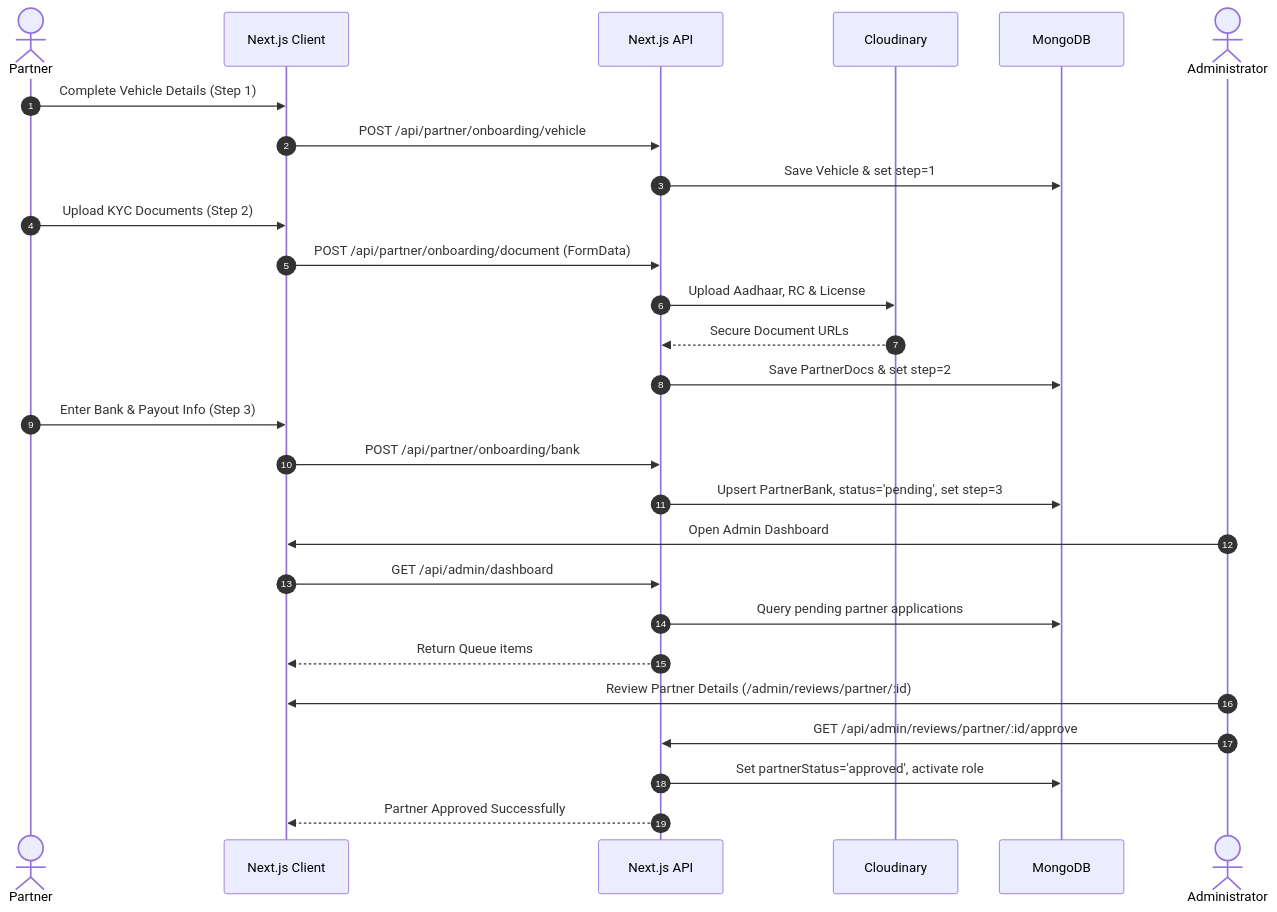
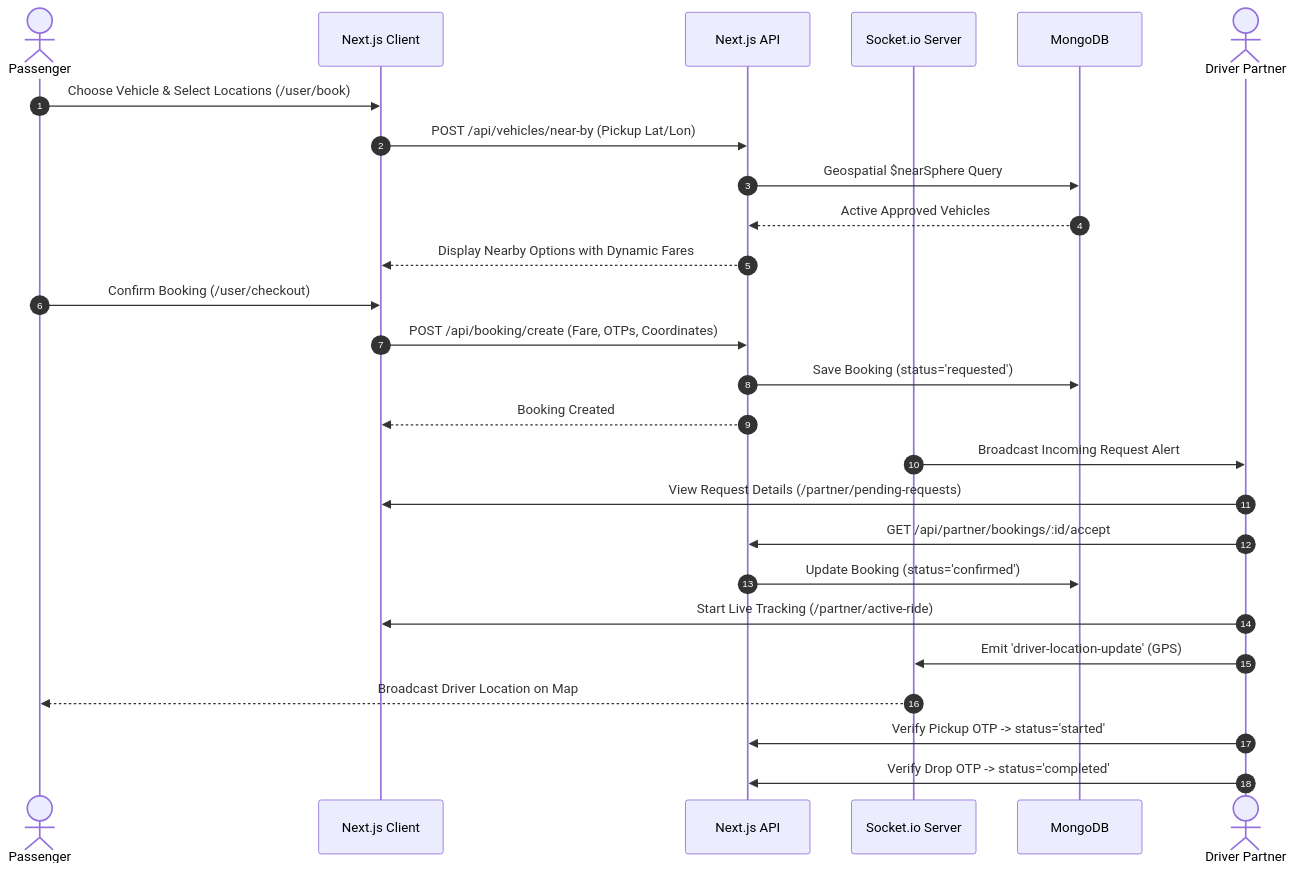
The first of 2 diagrams in README.md (AkashGautam-27/Raahi), drawn with Mermaid before and after one commit. The commit also changed other lines of this file, not shown here.

````diff
--- a/README.md
+++ b/README.md
@@ -152,34 +171,33 @@
 ```mermaid
 sequenceDiagram
     autonumber
-    actor P as Partner
-    participant Client as Next.js Client
+    actor User as Passenger
+    participant App as Next.js Client
     participant API as Next.js API
-    participant Cloud as Cloudinary
+    participant Socket as Socket.io Server
     participant DB as MongoDB
-    actor Admin as Administrator
+    actor Partner as Driver Partner
 
-    P->>Client: Complete Vehicle Details (Step 1)
-    Client->>API: POST /api/partner/onboarding/vehicle
-    API->>DB: Save Vehicle & set step=1
+    User->>App: Choose Vehicle & Select Locations (/user/book)
+    App->>API: POST /api/vehicles/near-by (Pickup Lat/Lon)
+    API->>DB: Geospatial $nearSphere Query
+    DB-->>API: Active Approved Vehicles
+    API-->>App: Display Nearby Options with Dynamic Fares
 
-    P->>Client: Upload KYC Documents (Step 2)
-    Client->>API: POST /api/partner/onboarding/document (FormData)
-    API->>Cloud: Upload Aadhaar, RC & License
-    Cloud-->>API: Secure Document URLs
-    API->>DB: Save PartnerDocs & set step=2
+    User->>App: Confirm Booking (/user/checkout)
+    App->>API: POST /api/booking/create (Fare, OTPs, Coordinates)
+    API->>DB: Save Booking (status='requested')
+    API-->>App: Booking Created
 
-    P->>Client: Enter Bank & Payout Info (Step 3)
-    Client->>API: POST /api/partner/onboarding/bank
-    API->>DB: Upsert PartnerBank, status='pending', set step=3
-
-    Admin->>Client: Open Admin Dashboard
-    Client->>API: GET /api/admin/dashboard
-    API->>DB: Query pending partner applications
-    API-->>Client: Return Queue items
-
-    Admin->>Client: Review Partner Details (/admin/reviews/partner/:id)
-    Admin->>API: GET /api/admin/reviews/partner/:id/approve
-    API->>DB: Set partnerStatus='approved', activate role
-    API-->>Client: Partner Approved Successfully
+    Socket->>Partner: Broadcast Incoming Request Alert
+    Partner->>App: View Request Details (/partner/pending-requests)
+    Partner->>API: GET /api/partner/bookings/:id/accept
+    API->>DB: Update Booking (status='confirmed')
+    
+    Partner->>App: Start Live Tracking (/partner/active-ride)
+    Partner->>Socket: Emit 'driver-location-update' (GPS)
+    Socket-->>User: Broadcast Driver Location on Map
+    
+    Partner->>API: Verify Pickup OTP -> status='started'
+    Partner->>API: Verify Drop OTP -> status='completed'
 ```
````
